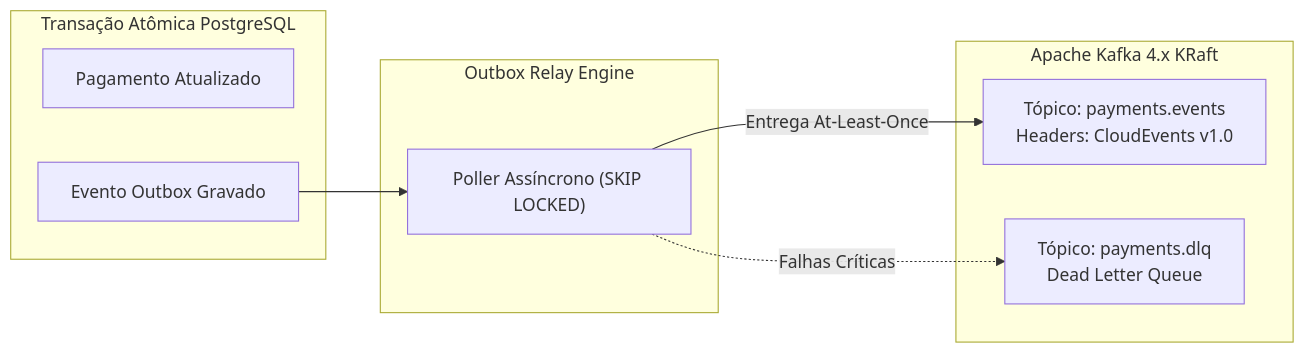
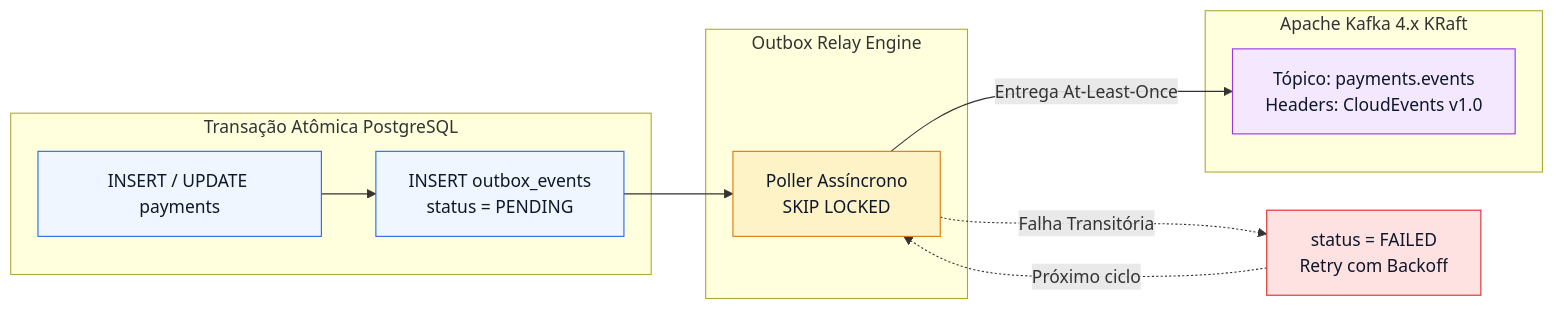
Before and after one commit to Bettonix/payments-api: the fifth of 6 diagrams in README.md, drawn with Mermaid. The commit also changed other lines of this file and 1 other file, not shown here.

Commit message:
docs: polish mermaid diagrams and align with domain rules

````diff
--- a/README.md
+++ b/README.md
@@ -191,20 +199,28 @@
 ```mermaid
 flowchart LR
-    subgraph Transaction ["Transação Atômica PostgreSQL"]
-        P["Pagamento Atualizado"]
-        O["Evento Outbox Gravado"]
+    subgraph TX["Transação Atômica PostgreSQL"]
+        P["INSERT / UPDATE payments"] --> O["INSERT outbox_events<br/>status = PENDING"]
     end
 
-    subgraph Relay ["Outbox Relay Engine"]
-        Worker["Poller Assíncrono (SKIP LOCKED)"]
+    subgraph Relay["Outbox Relay Engine"]
+        Worker["Poller Assíncrono<br/>SKIP LOCKED"]
     end
 
-    subgraph KafkaCluster ["Apache Kafka 4.x KRaft"]
+    subgraph Kafka["Apache Kafka 4.x KRaft"]
         Topic["Tópico: payments.events<br/>Headers: CloudEvents v1.0"]
-        DLQ["Tópico: payments.dlq<br/>Dead Letter Queue"]
     end
 
     O --> Worker
     Worker -->|Entrega At-Least-Once| Topic
-    Worker -.->|Falhas Críticas| DLQ
+    Worker -.->|Falha Transitória| Retry["status = FAILED<br/>Retry com Backoff"]
+    Retry -.->|Próximo ciclo| Worker
+
+    classDef tx fill:#eff6ff,stroke:#2563eb,color:#0f172a
+    classDef relay fill:#fef3c7,stroke:#d97706,color:#0f172a
+    classDef kafka fill:#f3e8ff,stroke:#9333ea,color:#0f172a
+    classDef err fill:#fee2e2,stroke:#dc2626,color:#0f172a
+    class P,O tx
+    class Worker relay
+    class Topic kafka
+    class Retry err
 ```
````
